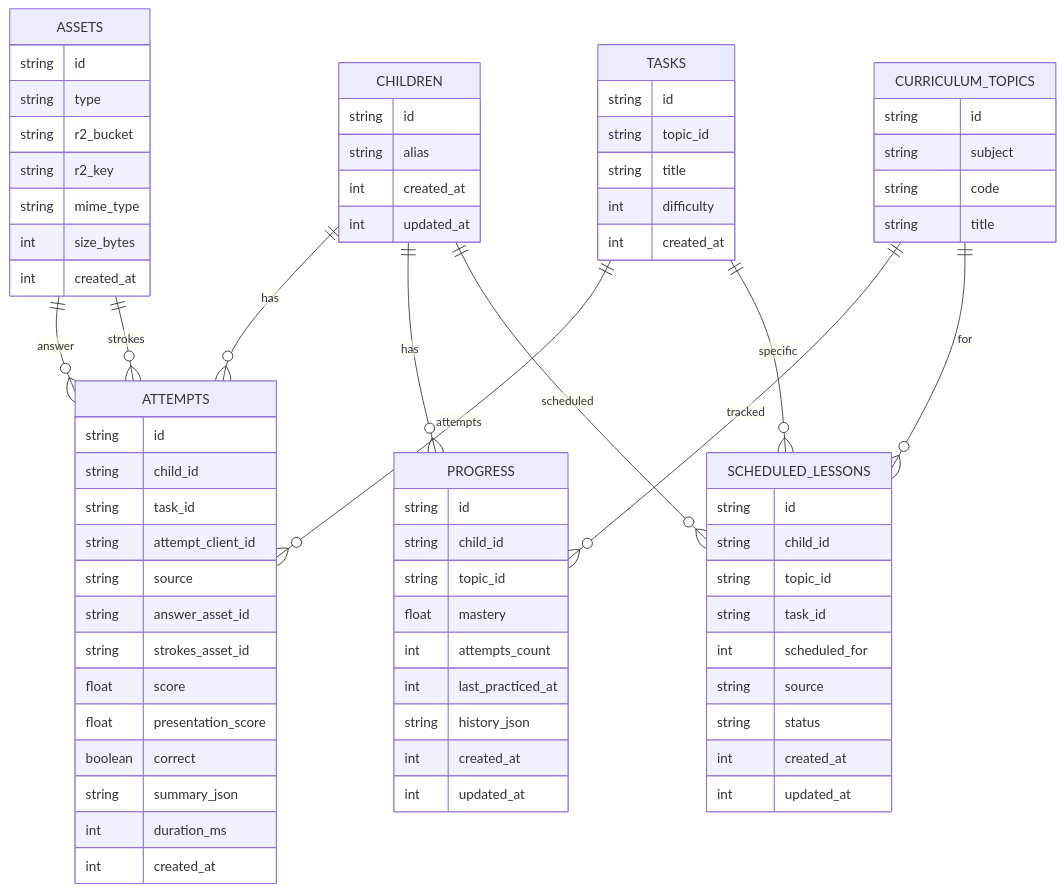
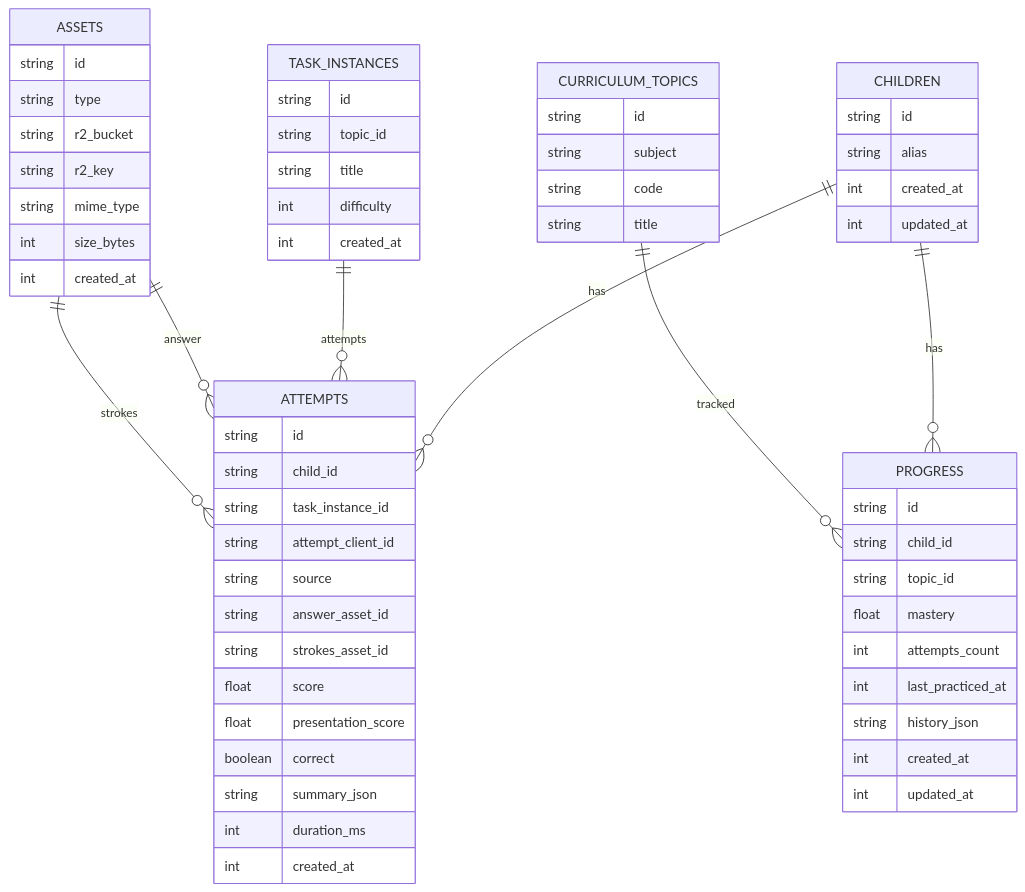
The diagram in docs/assets/erd-progress.mmd (kamaz/eduapp), drawn with Mermaid before and after one commit. The commit also changed other lines of this file and 26 other files, not shown here.

Commit message:
feat(docs): tasks and lessons schema break down

```diff
--- a/docs/assets/erd-progress.mmd
+++ b/docs/assets/erd-progress.mmd
@@ -1,86 +1,70 @@
 %% Domain: Child Education Progress
 erDiagram
     CHILDREN {
         string id
         string alias
         int created_at
         int updated_at
     }
 
     CURRICULUM_TOPICS {
         string id
         string subject
         string code
         string title
     }
 
-    TASKS {
+    TASK_INSTANCES {
         string id
         string topic_id
         string title
         int difficulty
         int created_at
     }
 
     ATTEMPTS {
         string id
         string child_id
-        string task_id
+        string task_instance_id
         string attempt_client_id
         string source
         string answer_asset_id
         string strokes_asset_id
         float score
         float presentation_score
         boolean correct
         string summary_json
         int duration_ms
         int created_at
     }
 
     PROGRESS {
         string id
         string child_id
         string topic_id
         float mastery
         int attempts_count
         int last_practiced_at
         string history_json
         int created_at
         int updated_at
     }
 
-    SCHEDULED_LESSONS {
-        string id
-        string child_id
-        string topic_id
-        string task_id
-        int scheduled_for
-        string source
-        string status
-        int created_at
-        int updated_at
-    }
-
     ASSETS {
         string id
         string type
         string r2_bucket
         string r2_key
         string mime_type
         int size_bytes
         int created_at
     }
 
     CHILDREN ||--o{ ATTEMPTS : has
-    TASKS ||--o{ ATTEMPTS : attempts
+    TASK_INSTANCES ||--o{ ATTEMPTS : attempts
 
     ASSETS ||--o{ ATTEMPTS : answer
     ASSETS ||--o{ ATTEMPTS : strokes
 
     CHILDREN ||--o{ PROGRESS : has
     CURRICULUM_TOPICS ||--o{ PROGRESS : tracked
-
-    CHILDREN ||--o{ SCHEDULED_LESSONS : scheduled
-    CURRICULUM_TOPICS ||--o{ SCHEDULED_LESSONS : for
-    TASKS ||--o{ SCHEDULED_LESSONS : specific
```
